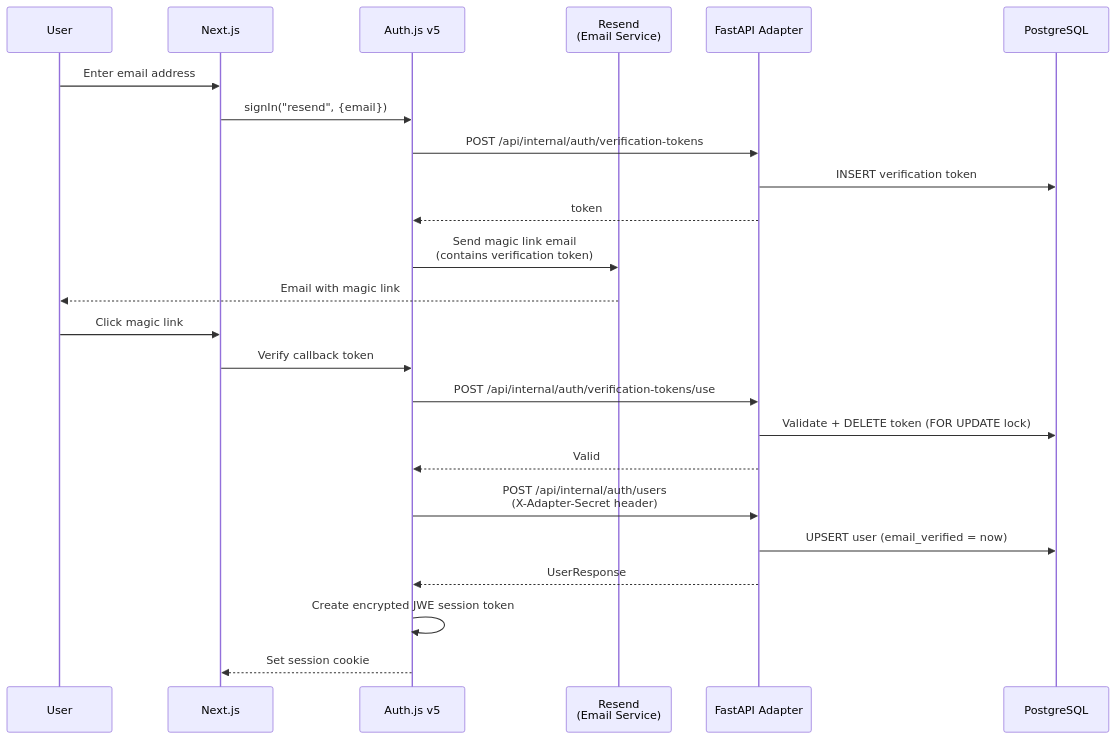
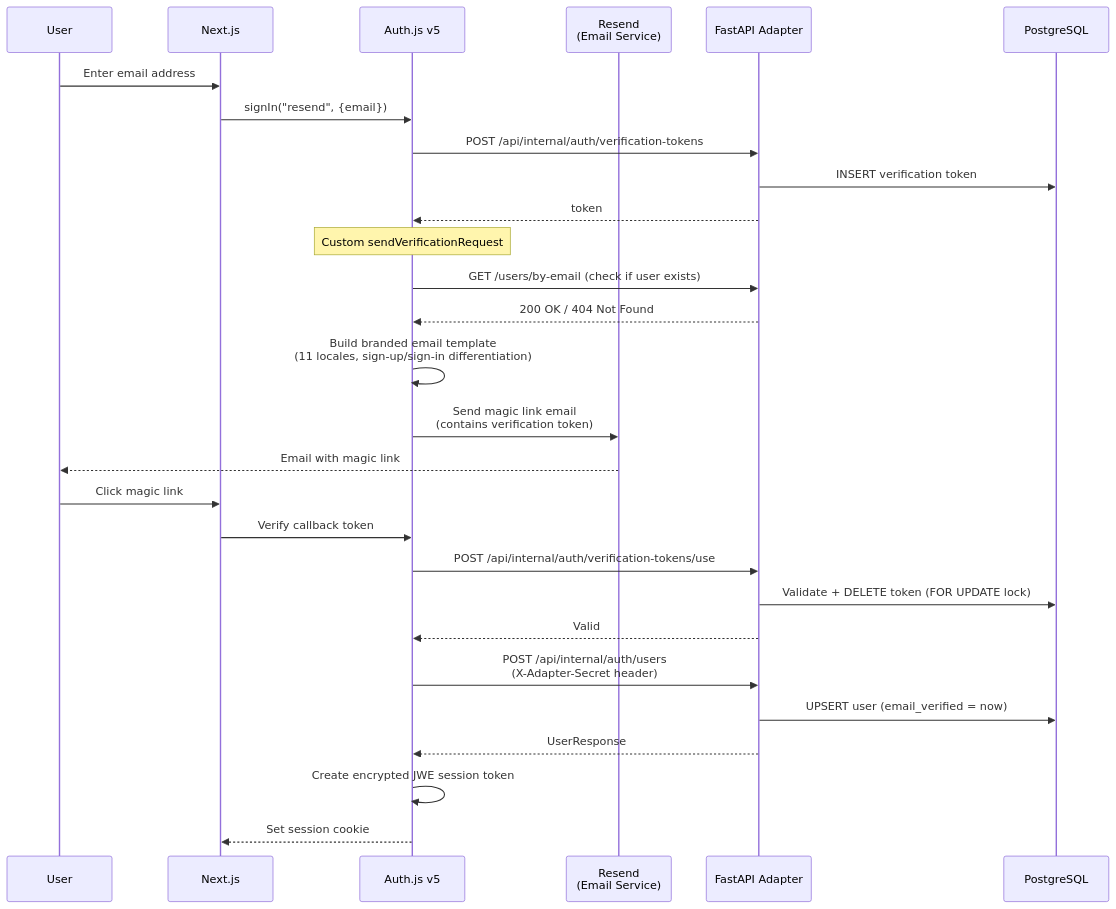
The fifth of 9 diagrams in docs/ARCHITECTURE.md (Rswcf/DocTalk), drawn with Mermaid before and after one commit. The commit also changed other lines of this file and 11 other files, not shown here.

First line of the commit message:
docs: rewrite README in 8 languages, harden .gitignore, update architecture docs

````diff
--- a/docs/ARCHITECTURE.md
+++ b/docs/ARCHITECTURE.md
@@ -251,30 +251,35 @@
 ```mermaid
 sequenceDiagram
     participant U as User
     participant NJ as Next.js
     participant AJ as Auth.js v5
     participant RS as Resend<br/>(Email Service)
     participant AD as FastAPI Adapter
     participant DB as PostgreSQL
 
     U->>NJ: Enter email address
     NJ->>AJ: signIn("resend", {email})
     AJ->>AD: POST /api/internal/auth/verification-tokens
     AD->>DB: INSERT verification token
     AD-->>AJ: token
+
+    Note over AJ: Custom sendVerificationRequest
+    AJ->>AD: GET /users/by-email (check if user exists)
+    AD-->>AJ: 200 OK / 404 Not Found
+    AJ->>AJ: Build branded email template<br/>(11 locales, sign-up/sign-in differentiation)
     AJ->>RS: Send magic link email<br/>(contains verification token)
     RS-->>U: Email with magic link
 
     U->>NJ: Click magic link
     NJ->>AJ: Verify callback token
     AJ->>AD: POST /api/internal/auth/verification-tokens/use
     AD->>DB: Validate + DELETE token (FOR UPDATE lock)
     AD-->>AJ: Valid
 
     AJ->>AD: POST /api/internal/auth/users<br/>(X-Adapter-Secret header)
     AD->>DB: UPSERT user (email_verified = now)
     AD-->>AJ: UserResponse
 
     AJ->>AJ: Create encrypted JWE session token
     AJ-->>NJ: Set session cookie
 ```
````
